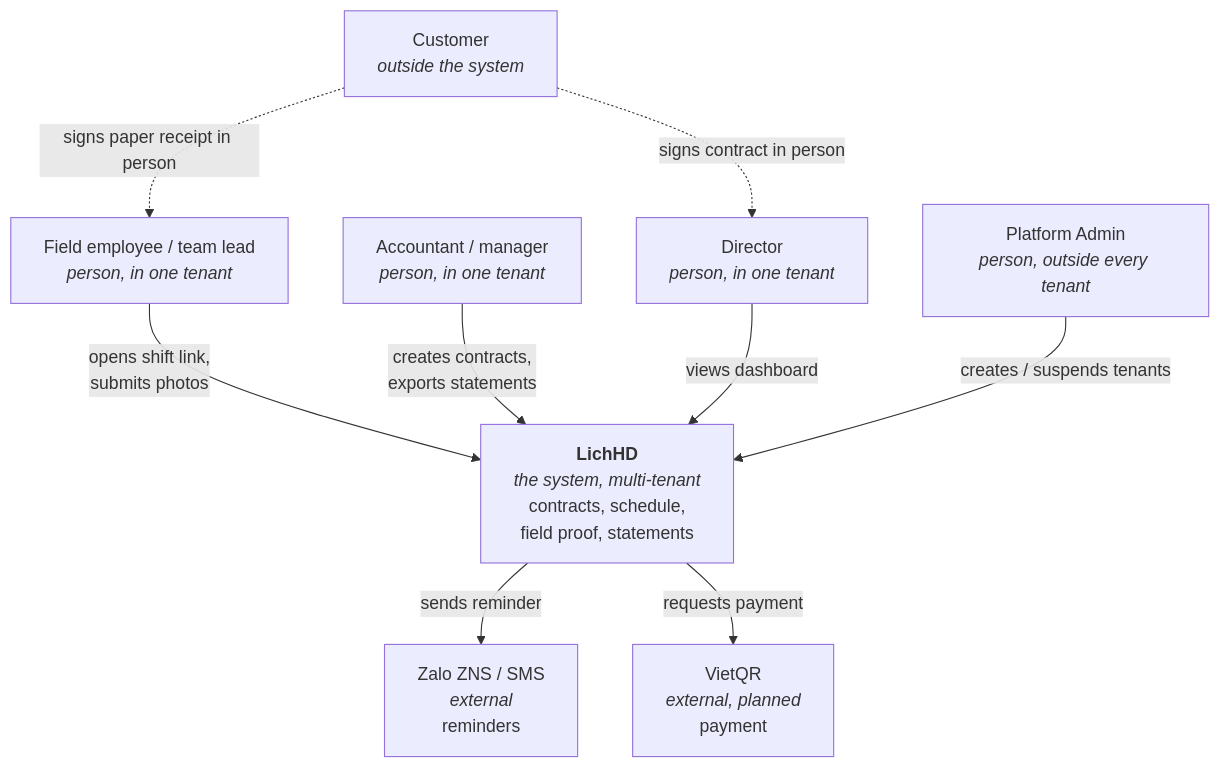
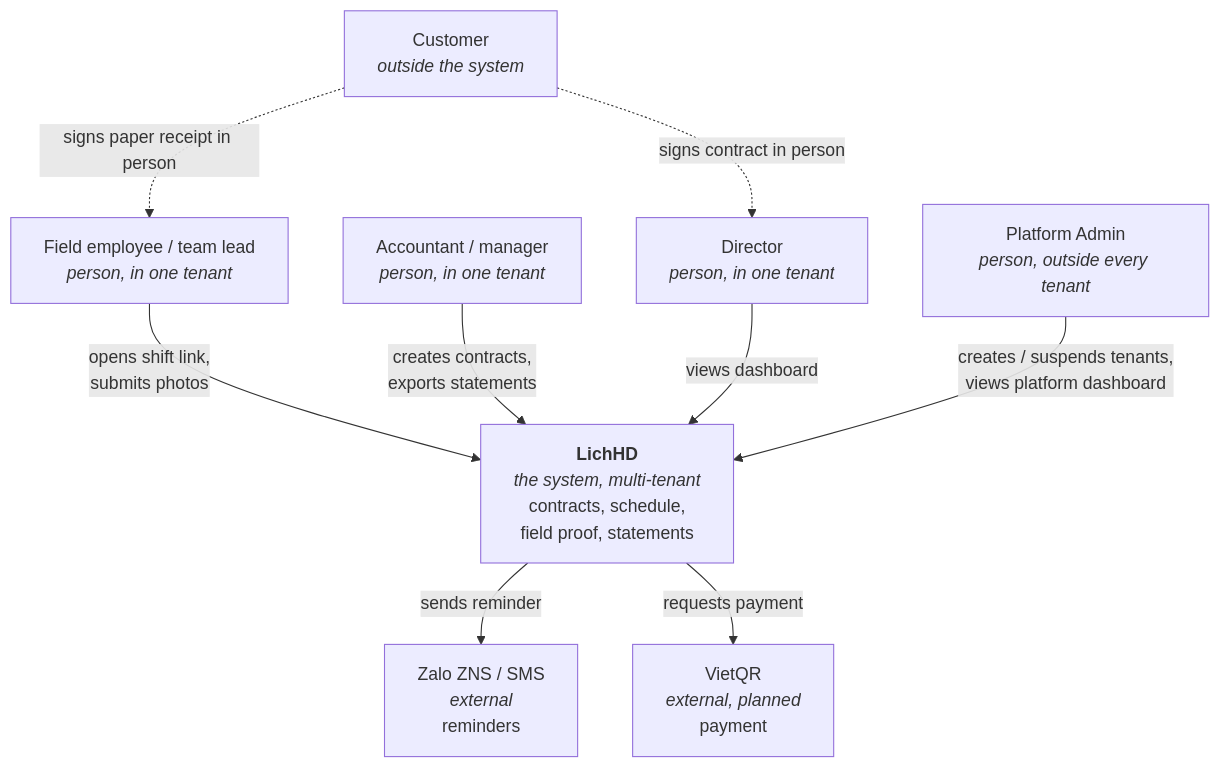
One commit to dDxCg/contrack changed the first of 4 diagrams in docs/04-architecture.md. Above: the diagram before and after it, drawn with Mermaid. The commit also changed other lines of this file and 10 other files, not shown here.

Commit message:
docs: new dashboard spec for both director and platform admin. UI: director dashboard

````diff
--- a/docs/04-architecture.md
+++ b/docs/04-architecture.md
@@ -72,23 +73,23 @@
 ```mermaid
 flowchart TB
     customer["Customer<br/><i>outside the system</i>"]
     employee["Field employee / team lead<br/><i>person, in one tenant</i>"]
     accountant["Accountant / manager<br/><i>person, in one tenant</i>"]
     director["Director<br/><i>person, in one tenant</i>"]
     platformadmin["Platform Admin<br/><i>person, outside every tenant</i>"]
 
     lichhd["<b>LichHD</b><br/><i>the system, multi-tenant</i><br/>contracts, schedule,<br/>field proof, statements"]
 
     zalo["Zalo ZNS / SMS<br/><i>external</i><br/>reminders"]
     vietqr["VietQR<br/><i>external, planned</i><br/>payment"]
 
     customer -.->|"signs contract in person"| director
     customer -.->|"signs paper receipt in person"| employee
     employee -->|"opens shift link,<br/>submits photos"| lichhd
     accountant -->|"creates contracts,<br/>exports statements"| lichhd
     director -->|"views dashboard"| lichhd
-    platformadmin -->|"creates / suspends tenants"| lichhd
+    platformadmin -->|"creates / suspends tenants,<br/>views platform dashboard"| lichhd
 
     lichhd -->|"sends reminder"| zalo
     lichhd -->|"requests payment"| vietqr
 ```
````
